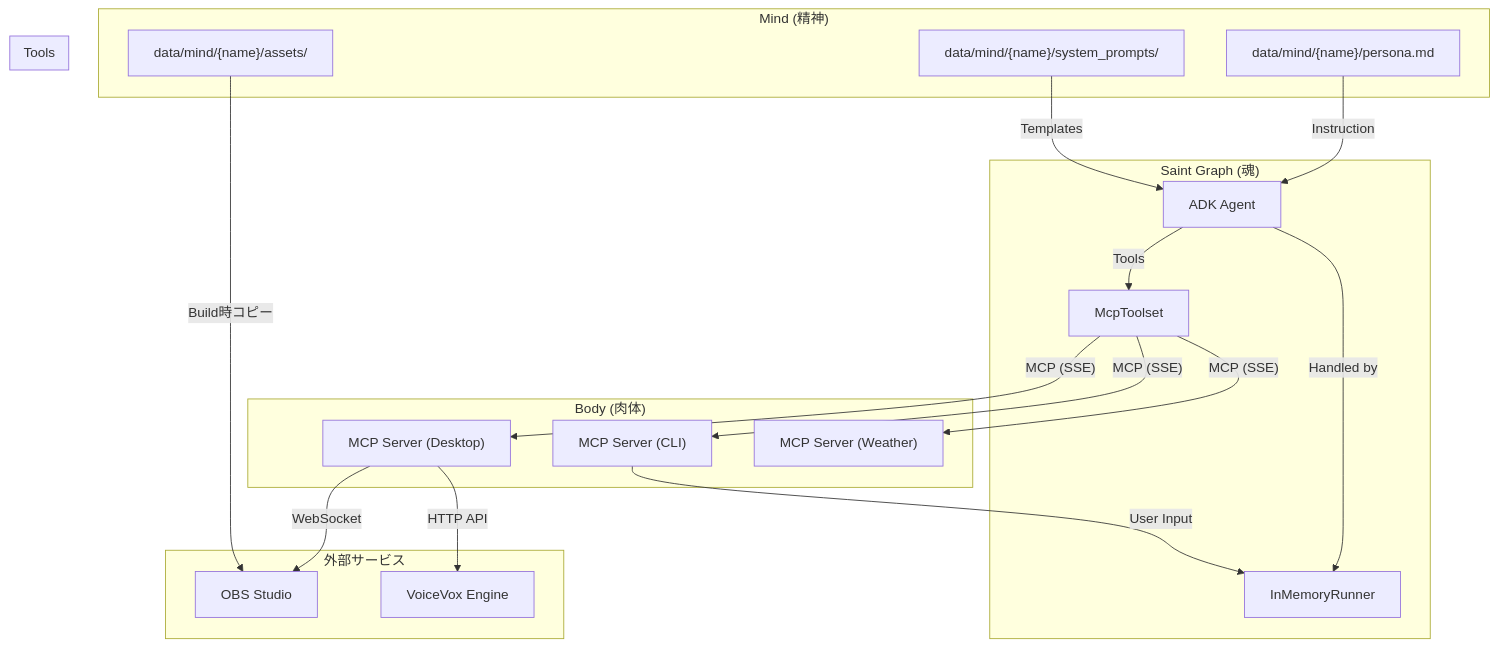
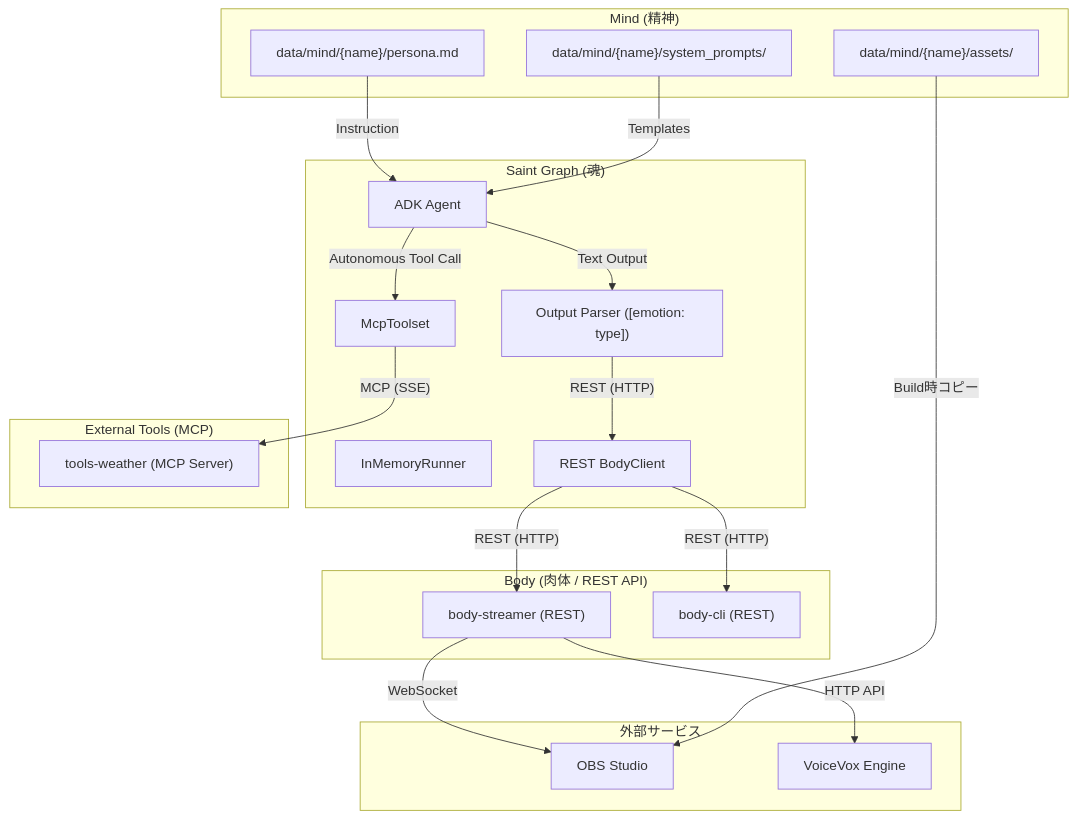
The diagram in docs/ARCHITECTURE.md (koduki/ai-tuber), drawn with Mermaid before and after one commit. The commit also changed other lines of this file and 9 other files, not shown here.

````diff
--- a/docs/ARCHITECTURE.md
+++ b/docs/ARCHITECTURE.md
@@ -9,43 +9,44 @@
 ```mermaid
 graph TD
   subgraph Mind ["Mind (精神)"]
     Persona["data/mind/{name}/persona.md"]
     Prompts["data/mind/{name}/system_prompts/"]
     Assets["data/mind/{name}/assets/"]
   end
 
   subgraph SaintGraph ["Saint Graph (魂)"]
     Agent["ADK Agent"]
     Runner["InMemoryRunner"]
+    Parser["Output Parser ([emotion: type])"]
+    BodyClient["REST BodyClient"]
     Toolset["McpToolset"]
   end
 
-  subgraph BodyServices ["Body (肉体)"]
-    ServerDesktop["MCP Server (Desktop)"]
-    ServerCLI["MCP Server (CLI)"]
-    ServerWeather["MCP Server (Weather)"]
+  subgraph BodyServices ["Body (肉体 / REST API)"]
+    ServerStreamer["body-streamer (REST)"]
+    ServerCLI["body-cli (REST)"]
   end
 
-  subgraph Tools ["Tools"]
-    ServerWeather
+  subgraph Tools ["External Tools (MCP)"]
+    ServerWeather["tools-weather (MCP Server)"]
   end
   
   subgraph ExternalServices ["外部サービス"]
     OBS["OBS Studio"]
     VoiceVox["VoiceVox Engine"]
   end
 
   Persona -- "Instruction" --> Agent
   Prompts -- "Templates" --> Agent
-  Agent -- "Handled by" --> Runner
-  Agent -- "Tools" --> Toolset
-  Toolset -- "MCP (SSE)" --> ServerDesktop
-  Toolset -- "MCP (SSE)" --> ServerCLI
+  Agent -- "Text Output" --> Parser
+  Parser -- "REST (HTTP)" --> BodyClient
+  BodyClient -- "REST (HTTP)" --> ServerStreamer
+  BodyClient -- "REST (HTTP)" --> ServerCLI
+  
+  Agent -- "Autonomous Tool Call" --> Toolset
   Toolset -- "MCP (SSE)" --> ServerWeather
   
-  ServerDesktop -- "HTTP API" --> VoiceVox
-  ServerDesktop -- "WebSocket" --> OBS
+  ServerStreamer -- "HTTP API" --> VoiceVox
+  ServerStreamer -- "WebSocket" --> OBS
   Assets -- "Build時コピー" --> OBS
-  
-  ServerCLI -- "User Input" --> Runner
 ```
````
